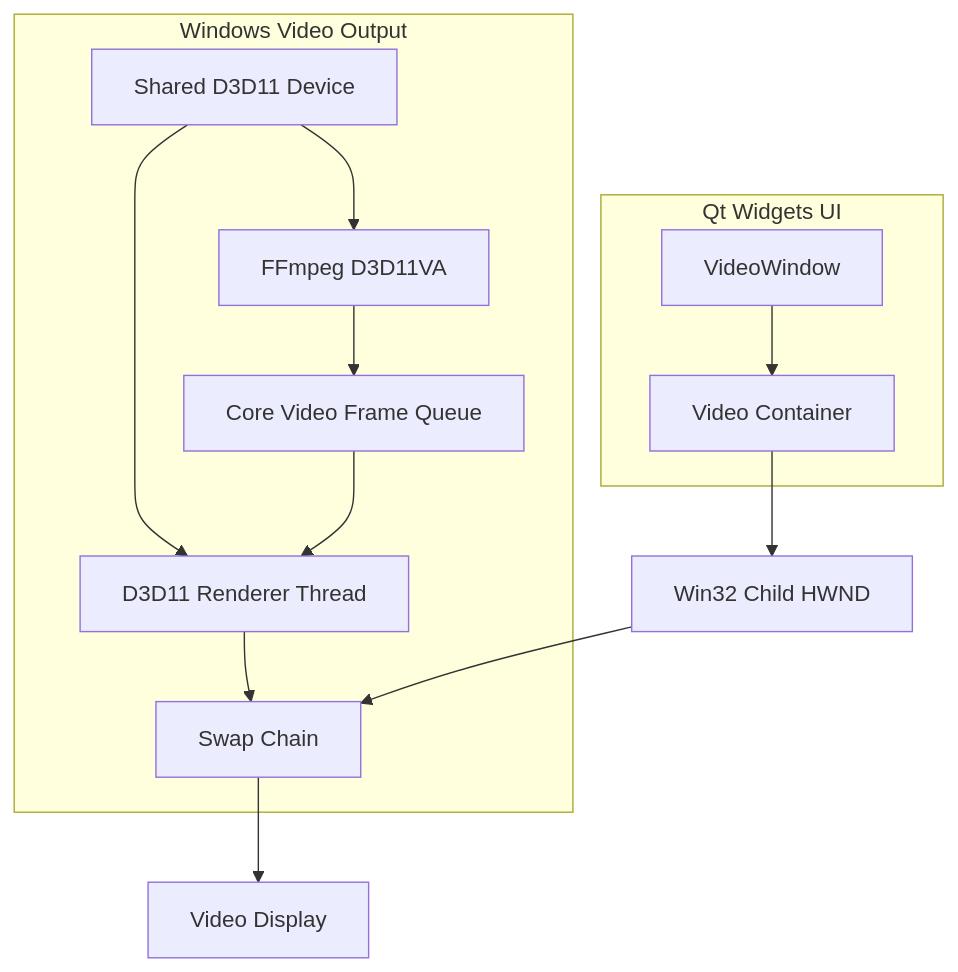
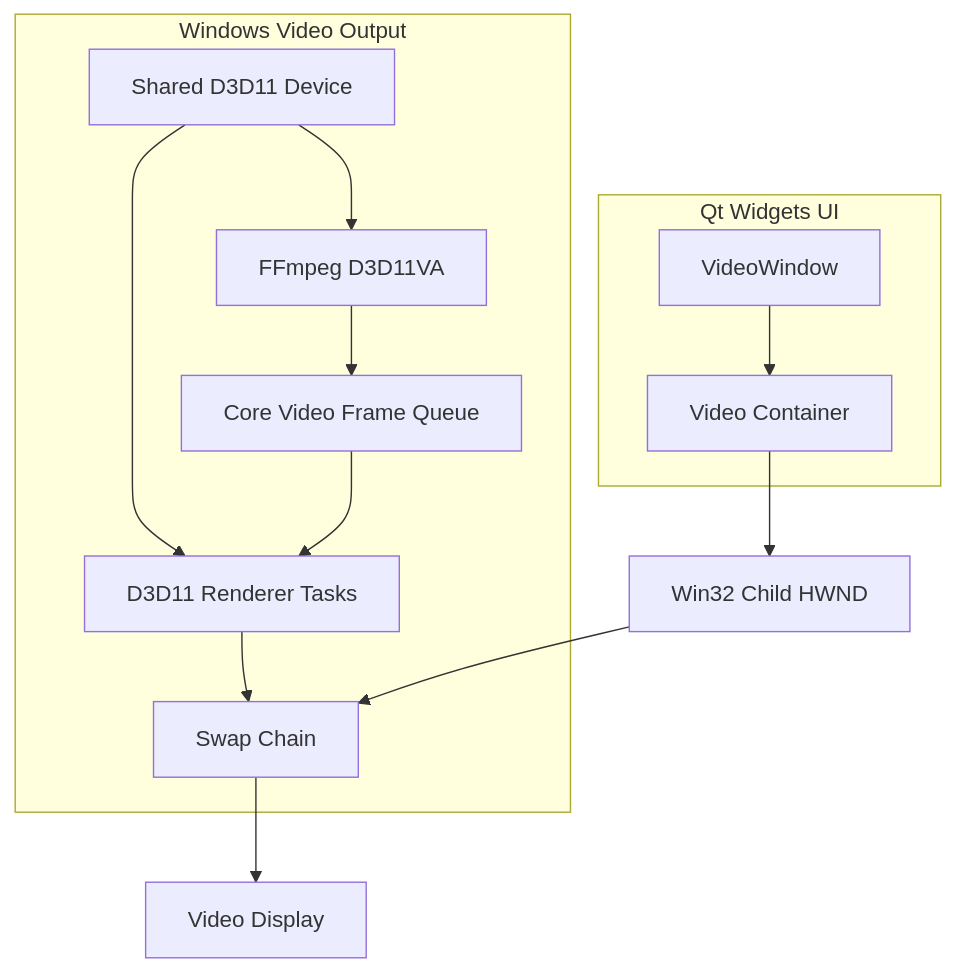
The sixth of 7 diagrams in docs/ARCHITECTURE.md (kerlfx/LNAudio), drawn with Mermaid before and after one commit. The commit also changed other lines of this file, not shown here.

```diff
--- a/docs/ARCHITECTURE.md
+++ b/docs/ARCHITECTURE.md
@@ -451,23 +451,23 @@
 ~~~mermaid
 flowchart TD
     subgraph Qt["Qt Widgets UI"]
         MW["VideoWindow"]
         VC["Video Container"]
         MW --> VC
     end
     VC --> HWND["Win32 Child HWND"]
     subgraph VideoOutput["Windows Video Output"]
         DEV["Shared D3D11 Device"]
         DEC["FFmpeg D3D11VA"]
         Q["Core Video Frame Queue"]
-        R["D3D11 Renderer Thread"]
+        R["D3D11 Renderer Tasks"]
         SWAP["Swap Chain"]
         DEV --> DEC
         DEV --> R
         DEC --> Q
         Q --> R
         R --> SWAP
     end
     HWND --> SWAP
     SWAP --> SCREEN["Video Display"]
 ~~~
```
